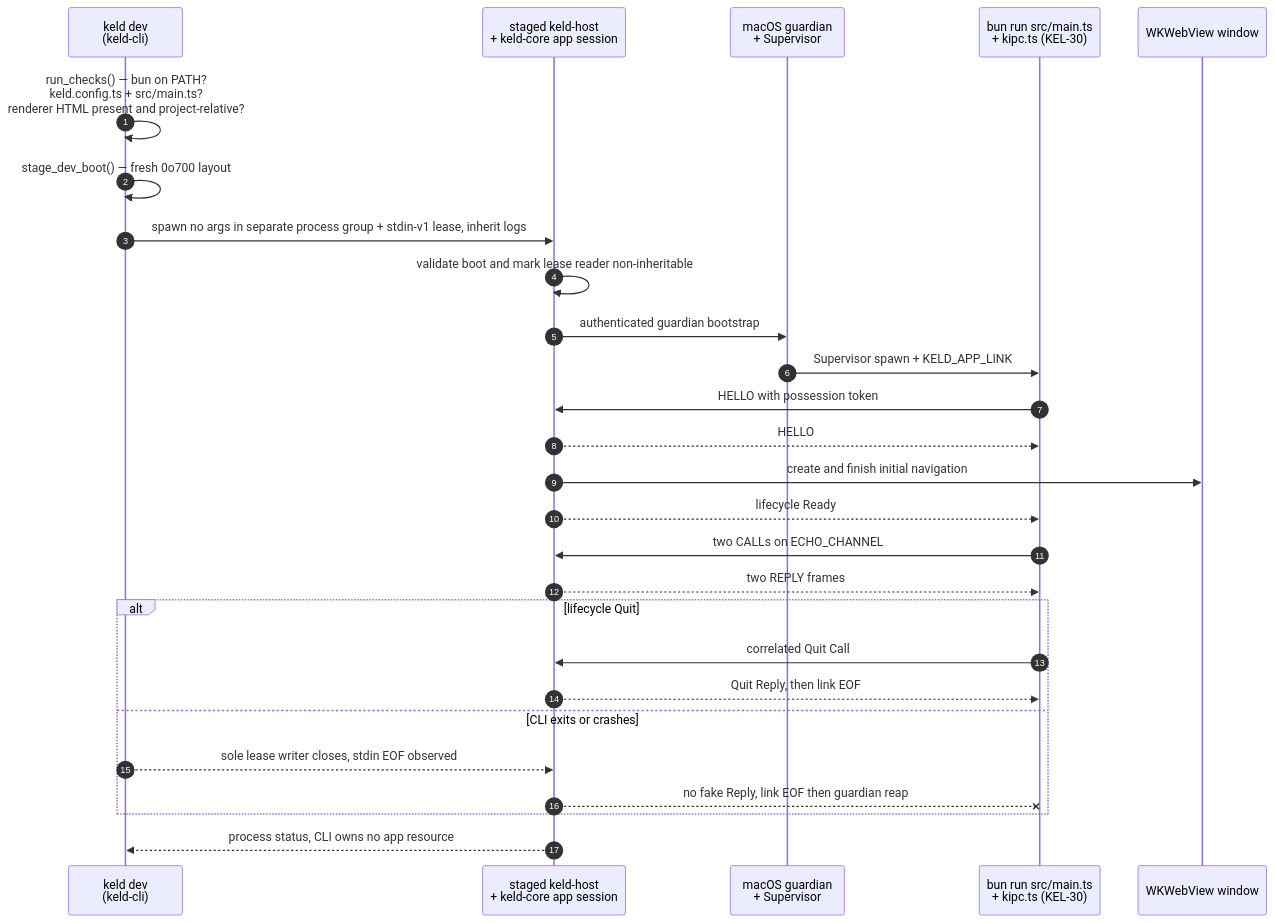
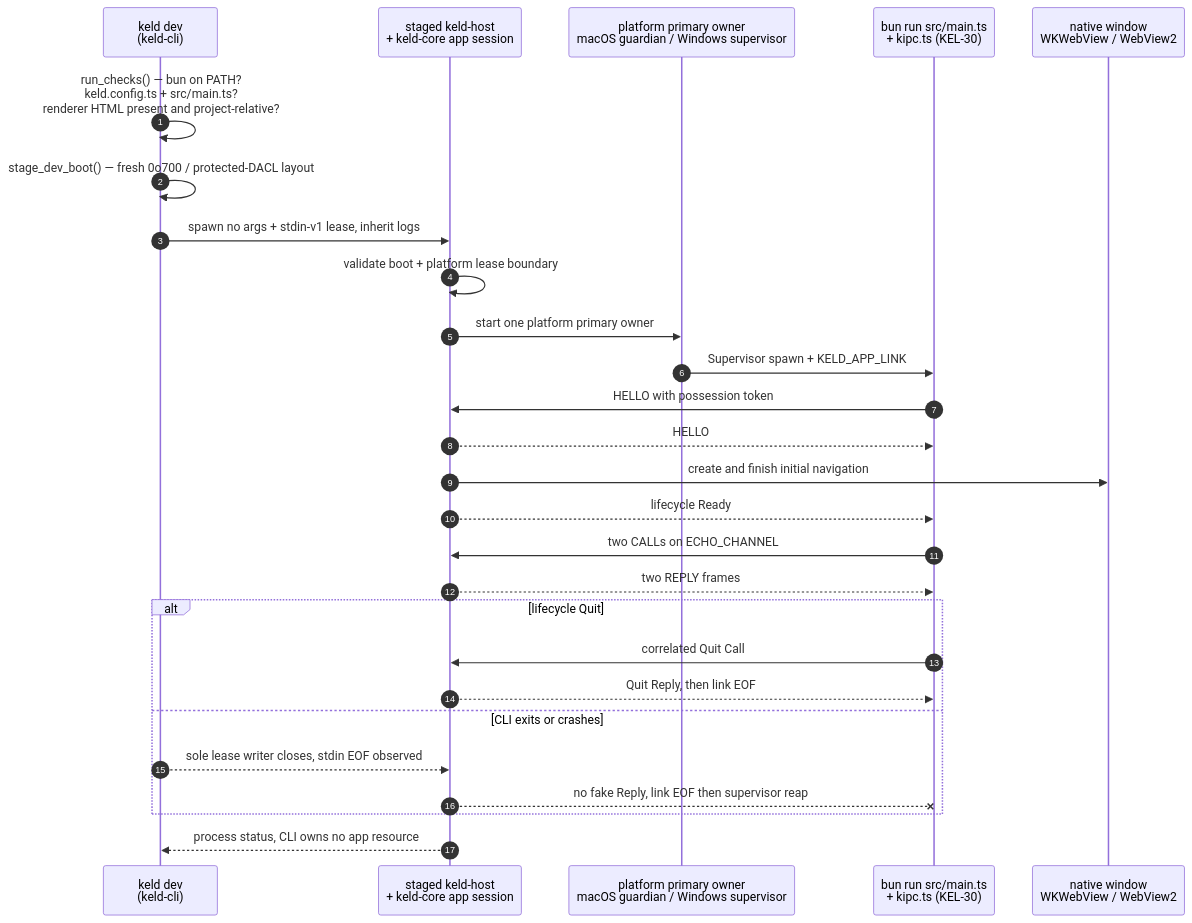
The second of 3 diagrams in docs/onboarding/02-architecture-guide.md (gyldlab/keld), drawn with Mermaid before and after one commit. The commit also changed other lines of this file and 34 other files, not shown here.

First line of the commit message:
feat(host): add Windows no-flag app session (#122)

````diff
--- a/docs/onboarding/02-architecture-guide.md
+++ b/docs/onboarding/02-architecture-guide.md
@@ -257,36 +257,36 @@
 ```mermaid
 sequenceDiagram
-    accTitle: Current macOS keld dev delegated host flow
+    accTitle: Current macOS and Windows keld dev delegated host flow
     accDescr {
-      The live macOS CLI compiles an owner-private stage and launches a no-flag host.
-      The host owns the authenticated app link, guardian-supervised Bun child and native
+      The live macOS and Windows CLI compiles an owner-private stage and launches a no-flag host.
+      The host owns the authenticated app link, platform-supervised Bun child and native
       window. CLI lease loss and lifecycle Quit converge on the host's ordered teardown.
     }
     autonumber
     participant CLI as keld dev<br/>(keld-cli)
     participant Host as staged keld-host<br/>+ keld-core app session
-    participant Guard as macOS guardian<br/>+ Supervisor
+    participant Owner as platform primary owner<br/>macOS guardian / Windows supervisor
     participant Bun as bun run src/main.ts<br/>+ kipc.ts (KEL-30)
-    participant Win as WKWebView window
+    participant Win as native window<br/>WKWebView / WebView2
 
     CLI->>CLI: run_checks() — bun on PATH?<br/>keld.config.ts + src/main.ts?<br/>renderer HTML present and project-relative?
-    CLI->>CLI: stage_dev_boot() — fresh 0o700 layout
-    CLI->>Host: spawn no args in separate process group + stdin-v1 lease, inherit logs
-    Host->>Host: validate boot and mark lease reader non-inheritable
-    Host->>Guard: authenticated guardian bootstrap
-    Guard->>Bun: Supervisor spawn + KELD_APP_LINK
+    CLI->>CLI: stage_dev_boot() — fresh 0o700 / protected-DACL layout
+    CLI->>Host: spawn no args + stdin-v1 lease, inherit logs
+    Host->>Host: validate boot + platform lease boundary
+    Host->>Owner: start one platform primary owner
+    Owner->>Bun: Supervisor spawn + KELD_APP_LINK
     Bun->>Host: HELLO with possession token
     Host-->>Bun: HELLO
     Host->>Win: create and finish initial navigation
     Host-->>Bun: lifecycle Ready
     Bun->>Host: two CALLs on ECHO_CHANNEL
     Host-->>Bun: two REPLY frames
     alt lifecycle Quit
         Bun->>Host: correlated Quit Call
         Host-->>Bun: Quit Reply, then link EOF
     else CLI exits or crashes
         CLI-->>Host: sole lease writer closes, stdin EOF observed
-        Host--xBun: no fake Reply, link EOF then guardian reap
+        Host--xBun: no fake Reply, link EOF then supervisor reap
     end
     Host-->>CLI: process status, CLI owns no app resource
 ```
````
